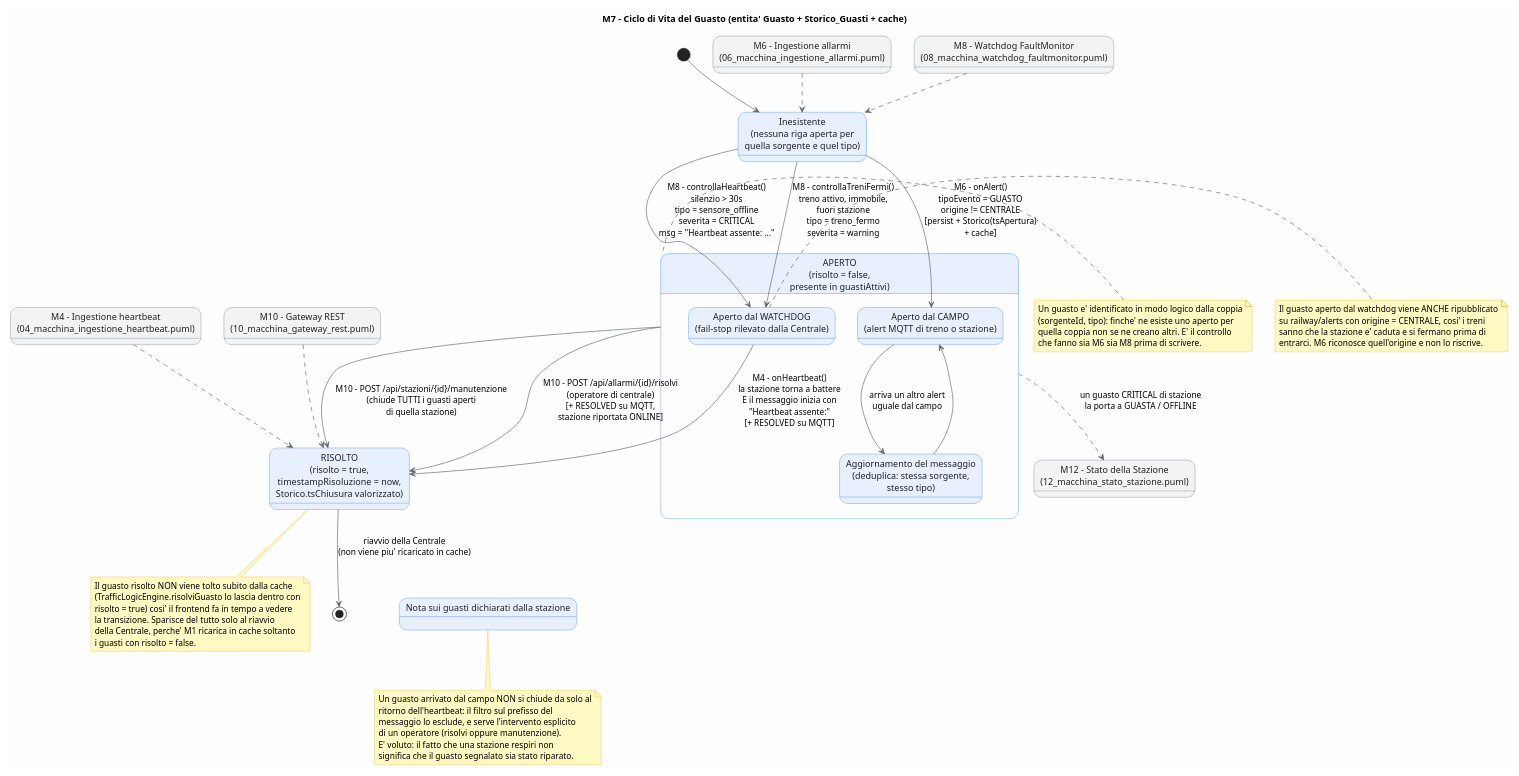
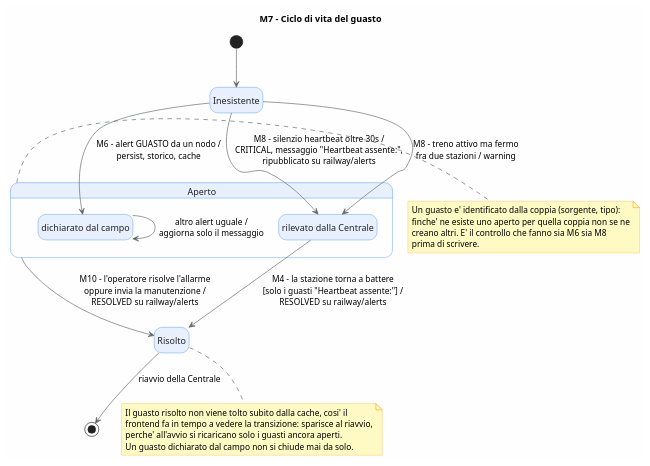
The diagram in doc/ArchitetturaMaggiormenteApprofondita/Stati_diagram/ServerCentrale/07_macchina_ciclo_vita_guasto.puml (mar-robba/PISSIR), drawn with PlantUML before and after one commit. The commit also changed 186 other files, not shown here.

```diff
--- a/doc/ArchitetturaMaggiormenteApprofondita/Stati_diagram/ServerCentrale/07_macchina_ciclo_vita_guasto.puml
+++ b/doc/ArchitetturaMaggiormenteApprofondita/Stati_diagram/ServerCentrale/07_macchina_ciclo_vita_guasto.puml
@@ -1,117 +1,66 @@
-@startuml M7 - Ciclo di Vita del Guasto
+@startuml M7 - Ciclo di vita del guasto
 ' =========================================================================
 '  MACCHINA M7 - Ciclo di vita dell'entita' Guasto
 '
 '  Codice astratto:
 '    it.uni.reti2.entity.Guasto / StoricoGuasto
 '    IngestionService#onAlert, #chiudiGuastiHeartbeatPerso
 '    FaultMonitor#creaGuastoAutomatico
 '    RestApiGateway#risolviAllarme, #dispacciaManutenzione, #chiudiGuasto
-'    TrafficLogicEngine#aggiungiGuasto, #risolviGuasto, #getGuastoApertoPerSorgente
 '
-'  E' una macchina di ENTITA': non descrive un thread ma la storia di un
+'  E' una macchina di dominio: non descrive un thread ma la storia di un
 '  singolo guasto, su cui agiscono quattro macchine diverse (M4, M6, M8, M10).
 ' =========================================================================
 
 skinparam backgroundColor #FEFEFE
 skinparam state {
     BackgroundColor #E8F0FE
     BorderColor #1A73E8
     FontColor #202124
     ArrowColor #5F6368
     StartColor #34A853
     EndColor #EA4335
 }
-skinparam state<<esterna>> {
-    BackgroundColor #F1F3F4
-    BorderColor #5F6368
-}
 skinparam note {
     BackgroundColor #FFF9C4
     BorderColor #F9A825
 }
+hide empty description
 
-title M7 - Ciclo di Vita del Guasto (entita' Guasto + Storico_Guasti + cache)
+title M7 - Ciclo di vita del guasto
 
 [*] --> Inesistente
 
-state "Inesistente\n(nessuna riga aperta per\nquella sorgente e quel tipo)" as Inesistente
+state "Inesistente" as Inesistente
+state "Aperto" as Aperto {
+    state "dichiarato dal campo" as Campo
+    state "rilevato dalla Centrale" as Watchdog
+}
+state "Risolto" as Risolto
 
-state "APERTO\n(risolto = false,\npresente in guastiAttivi)" as Aperto {
+Inesistente --> Campo : M6 - alert GUASTO da un nodo /\npersist, storico, cache
+Inesistente --> Watchdog : M8 - silenzio heartbeat oltre 30s /\nCRITICAL, messaggio "Heartbeat assente:",\nripubblicato su railway/alerts
+Inesistente --> Watchdog : M8 - treno attivo ma fermo\nfra due stazioni / warning
 
-    state "Aperto dal CAMPO\n(alert MQTT di treno o stazione)" as ApertoCampo
-    state "Aperto dal WATCHDOG\n(fail-stop rilevato dalla Centrale)" as ApertoWatchdog
+Campo --> Campo : altro alert uguale /\naggiorna solo il messaggio
 
-    state "Aggiornamento del messaggio\n(deduplica: stessa sorgente,\nstesso tipo)" as Aggiornamento
+Aperto --> Risolto : M10 - l'operatore risolve l'allarme\noppure invia la manutenzione /\nRESOLVED su railway/alerts
+Watchdog --> Risolto : M4 - la stazione torna a battere\n[solo i guasti "Heartbeat assente:"] /\nRESOLVED su railway/alerts
 
-    ApertoCampo --> Aggiornamento : arriva un altro alert\nuguale dal campo
-    Aggiornamento --> ApertoCampo
-}
+Risolto --> [*] : riavvio della Centrale
 
-' ===================== APERTURA =====================
-Inesistente --> ApertoCampo : M6 - onAlert()\ntipoEvento = GUASTO\norigine != CENTRALE\n[persist + Storico(tsApertura)\n+ cache]
-
-Inesistente --> ApertoWatchdog : M8 - controllaHeartbeat()\nsilenzio > 30s\ntipo = sensore_offline\nseverita = CRITICAL\nmsg = "Heartbeat assente: ..."
-
-Inesistente --> ApertoWatchdog : M8 - controllaTreniFermi()\ntreno attivo, immobile,\nfuori stazione\ntipo = treno_fermo\nseverita = warning
-
-note right of ApertoWatchdog
-  Il guasto aperto dal watchdog viene ANCHE ripubblicato
-  su railway/alerts con origine = CENTRALE, cosi' i treni
-  sanno che la stazione e' caduta e si fermano prima di
-  entrarci. M6 riconosce quell'origine e non lo riscrive.
+note right of Aperto
+  Un guasto e' identificato dalla coppia (sorgente, tipo):
+  finche' ne esiste uno aperto per quella coppia non se ne
+  creano altri. E' il controllo che fanno sia M6 sia M8
+  prima di scrivere.
 end note
 
-note left of Aperto
-  Un guasto e' identificato in modo logico dalla coppia
-  (sorgenteId, tipo): finche' ne esiste uno aperto per
-  quella coppia non se ne creano altri. E' il controllo
-  che fanno sia M6 sia M8 prima di scrivere.
+note bottom of Risolto
+  Il guasto risolto non viene tolto subito dalla cache, cosi' il
+  frontend fa in tempo a vedere la transizione: sparisce al riavvio,
+  perche' all'avvio si ricaricano solo i guasti ancora aperti.
+  Un guasto dichiarato dal campo non si chiude mai da solo.
 end note
 
-' ===================== CHIUSURA =====================
-state "RISOLTO\n(risolto = true,\ntimestampRisoluzione = now,\nStorico.tsChiusura valorizzato)" as Risolto
-
-Aperto --> Risolto : M10 - POST /api/allarmi/{id}/risolvi\n(operatore di centrale)\n[+ RESOLVED su MQTT,\nstazione riportata ONLINE]
-
-Aperto --> Risolto : M10 - POST /api/stazioni/{id}/manutenzione\n(chiude TUTTI i guasti aperti\ndi quella stazione)
-
-ApertoWatchdog --> Risolto : M4 - onHeartbeat()\nla stazione torna a battere\nE il messaggio inizia con\n"Heartbeat assente:"\n[+ RESOLVED su MQTT]
-
-note bottom of Risolto
-  Il guasto risolto NON viene tolto subito dalla cache
-  (TrafficLogicEngine.risolviGuasto lo lascia dentro con
-  risolto = true) cosi' il frontend fa in tempo a vedere
-  la transizione. Sparisce del tutto solo al riavvio
-  della Centrale, perche' M1 ricarica in cache soltanto
-  i guasti con risolto = false.
-end note
-
-Risolto --> [*] : riavvio della Centrale\n(non viene piu' ricaricato in cache)
-
-state "Nota sui guasti dichiarati dalla stazione" as NotaManuale
-Risolto -[hidden]down-> NotaManuale
-
-note bottom of NotaManuale
-  Un guasto arrivato dal campo NON si chiude da solo al
-  ritorno dell'heartbeat: il filtro sul prefisso del
-  messaggio lo esclude, e serve l'intervento esplicito
-  di un operatore (risolvi oppure manutenzione).
-  E' voluto: il fatto che una stazione respiri non
-  significa che il guasto segnalato sia stato riparato.
-end note
-
-' ===================== MACCHINE COLLEGATE =====================
-state "M6 - Ingestione allarmi\n(06_macchina_ingestione_allarmi.puml)" as M6 <<esterna>>
-state "M8 - Watchdog FaultMonitor\n(08_macchina_watchdog_faultmonitor.puml)" as M8 <<esterna>>
-state "M4 - Ingestione heartbeat\n(04_macchina_ingestione_heartbeat.puml)" as M4 <<esterna>>
-state "M10 - Gateway REST\n(10_macchina_gateway_rest.puml)" as M10 <<esterna>>
-state "M12 - Stato della Stazione\n(12_macchina_stato_stazione.puml)" as M12 <<esterna>>
-
-M6 -[dashed]-> Inesistente
-M8 -[dashed]-> Inesistente
-M4 -[dashed]-> Risolto
-M10 -[dashed]-> Risolto
-Aperto -[dashed]-> M12 : un guasto CRITICAL di stazione\nla porta a GUASTA / OFFLINE
-
 @enduml
```
